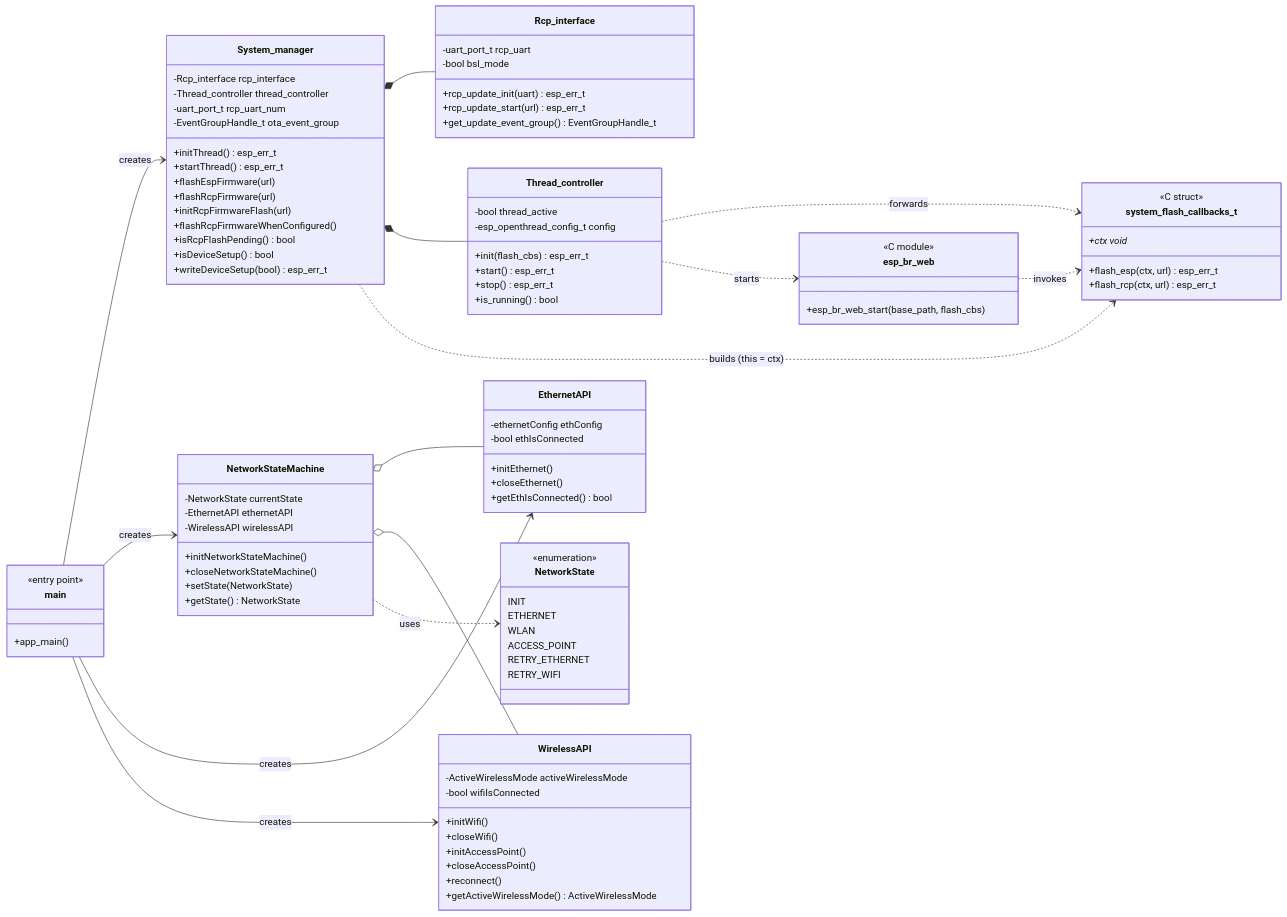
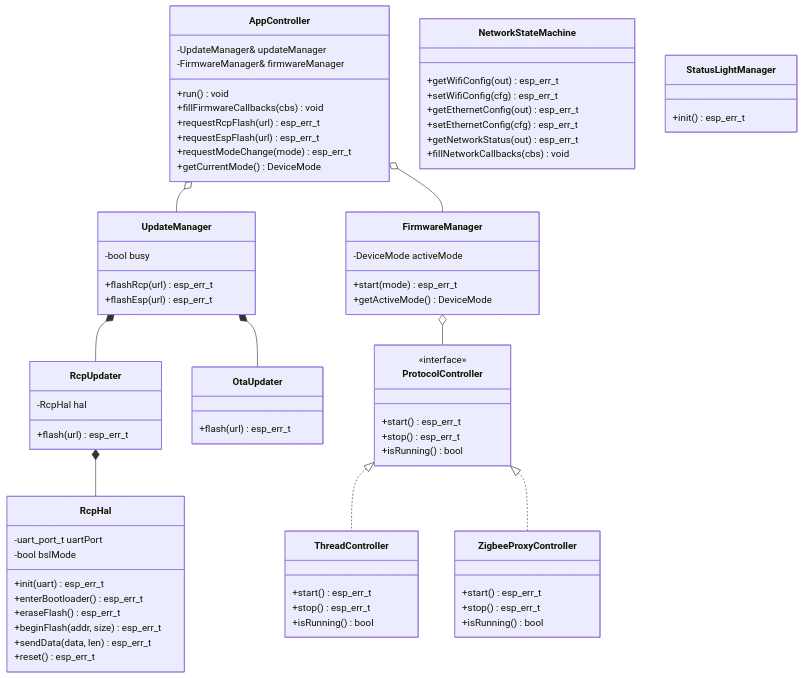
Before and after one commit to codm/czc-unified: the first of 2 diagrams in README.md, drawn with Mermaid. The commit also changed other lines of this file and 6 other files, not shown here.

````diff
--- a/README.md
+++ b/README.md
@@ -351,109 +368,82 @@
 ```mermaid
 classDiagram
-    direction LR
+    direction TB
 
-    class main {
-        <<entry point>>
-        +app_main()
+    class AppController {
+        -UpdateManager& updateManager
+        -FirmwareManager& firmwareManager
+        +run() void
+        +fillFirmwareCallbacks(cbs) void
+        +requestRcpFlash(url) esp_err_t
+        +requestEspFlash(url) esp_err_t
+        +requestModeChange(mode) esp_err_t
+        +getCurrentMode() DeviceMode
     }
 
-    class System_manager {
-        -Rcp_interface rcp_interface
-        -Thread_controller thread_controller
-        -uart_port_t rcp_uart_num
-        -EventGroupHandle_t ota_event_group
-        +initThread() esp_err_t
-        +startThread() esp_err_t
-        +flashEspFirmware(url)
-        +flashRcpFirmware(url)
-        +initRcpFirmwareFlash(url)
-        +flashRcpFirmwareWhenConfigured()
-        +isRcpFlashPending() bool
-        +isDeviceSetup() bool
-        +writeDeviceSetup(bool) esp_err_t
+    class UpdateManager {
+        -bool busy
+        +flashRcp(url) esp_err_t
+        +flashEsp(url) esp_err_t
+    }
+    class RcpUpdater {
+        -RcpHal hal
+        +flash(url) esp_err_t
+    }
+    class RcpHal {
+        -uart_port_t uartPort
+        -bool bslMode
+        +init(uart) esp_err_t
+        +enterBootloader() esp_err_t
+        +eraseFlash() esp_err_t
+        +beginFlash(addr, size) esp_err_t
+        +sendData(data, len) esp_err_t
+        +reset() esp_err_t
+    }
+    class OtaUpdater {
+        +flash(url) esp_err_t
     }
 
-    class Thread_controller {
-        -bool thread_active
-        -esp_openthread_config_t config
-        +init(flash_cbs) esp_err_t
+    class FirmwareManager {
+        -DeviceMode activeMode
+        +start(mode) esp_err_t
+        +getActiveMode() DeviceMode
+    }
+    class ProtocolController {
+        <<interface>>
         +start() esp_err_t
         +stop() esp_err_t
-        +is_running() bool
+        +isRunning() bool
     }
-
-    class Rcp_interface {
-        -uart_port_t rcp_uart
-        -bool bsl_mode
-        +rcp_update_init(uart) esp_err_t
-        +rcp_update_start(url) esp_err_t
-        +get_update_event_group() EventGroupHandle_t
+    class ThreadController {
+        +start() esp_err_t
+        +stop() esp_err_t
+        +isRunning() bool
     }
-
-    class system_flash_callbacks_t {
-        <<C struct>>
-        +flash_esp(ctx, url) esp_err_t
-        +flash_rcp(ctx, url) esp_err_t
-        +ctx void*
-    }
-
-    class esp_br_web {
-        <<C module>>
-        +esp_br_web_start(base_path, flash_cbs)
+    class ZigbeeProxyController {
+        +start() esp_err_t
+        +stop() esp_err_t
+        +isRunning() bool
     }
 
     class NetworkStateMachine {
-        -NetworkState currentState
-        -EthernetAPI ethernetAPI
-        -WirelessAPI wirelessAPI
-        +initNetworkStateMachine()
-        +closeNetworkStateMachine()
-        +setState(NetworkState)
-        +getState() NetworkState
+        +getWifiConfig(out) esp_err_t
+        +setWifiConfig(cfg) esp_err_t
+        +getEthernetConfig(out) esp_err_t
+        +setEthernetConfig(cfg) esp_err_t
+        +getNetworkStatus(out) esp_err_t
+        +fillNetworkCallbacks(cbs) void
     }
 
-    class EthernetAPI {
-        -ethernetConfig ethConfig
-        -bool ethIsConnected
-        +initEthernet()
-        +closeEthernet()
-        +getEthIsConnected() bool
+    class StatusLightManager {
+        +init() esp_err_t
     }
 
-    class WirelessAPI {
-        -ActiveWirelessMode activeWirelessMode
-        -bool wifiIsConnected
-        +initWifi()
-        +closeWifi()
-        +initAccessPoint()
-        +closeAccessPoint()
-        +reconnect()
-        +getActiveWirelessMode() ActiveWirelessMode
-    }
-
-    class NetworkState {
-        <<enumeration>>
-        INIT
-        ETHERNET
-        WLAN
-        ACCESS_POINT
-        RETRY_ETHERNET
-        RETRY_WIFI
-    }
-
-    main --> System_manager : creates
-    main --> NetworkStateMachine : creates
-    main --> EthernetAPI : creates
-    main --> WirelessAPI : creates
-
-    System_manager *-- Rcp_interface
-    System_manager *-- Thread_controller
-    System_manager ..> system_flash_callbacks_t : builds (this = ctx)
-    Thread_controller ..> system_flash_callbacks_t : forwards
-    Thread_controller ..> esp_br_web : starts
-    esp_br_web ..> system_flash_callbacks_t : invokes
-
-    NetworkStateMachine o-- EthernetAPI
-    NetworkStateMachine o-- WirelessAPI
-    NetworkStateMachine ..> NetworkState : uses
+    AppController o-- UpdateManager
+    AppController o-- FirmwareManager
+    UpdateManager *-- RcpUpdater
+    UpdateManager *-- OtaUpdater
+    RcpUpdater *-- RcpHal
+    FirmwareManager o-- ProtocolController
+    ProtocolController <|.. ThreadController
+    ProtocolController <|.. ZigbeeProxyController
 ```
````
